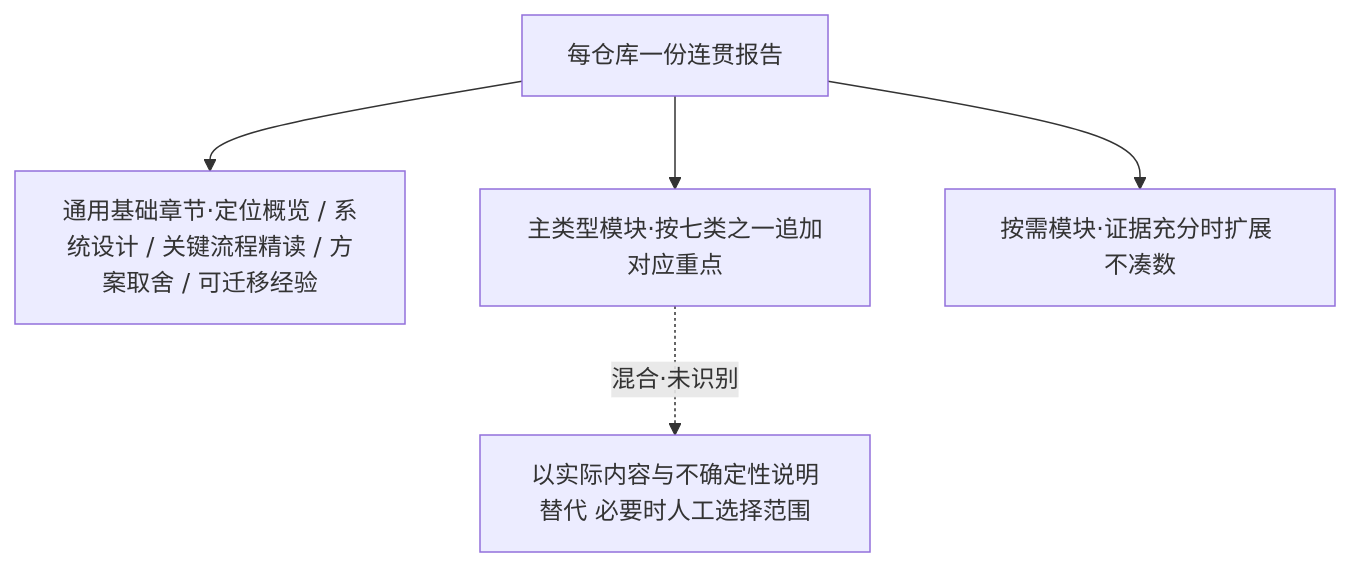
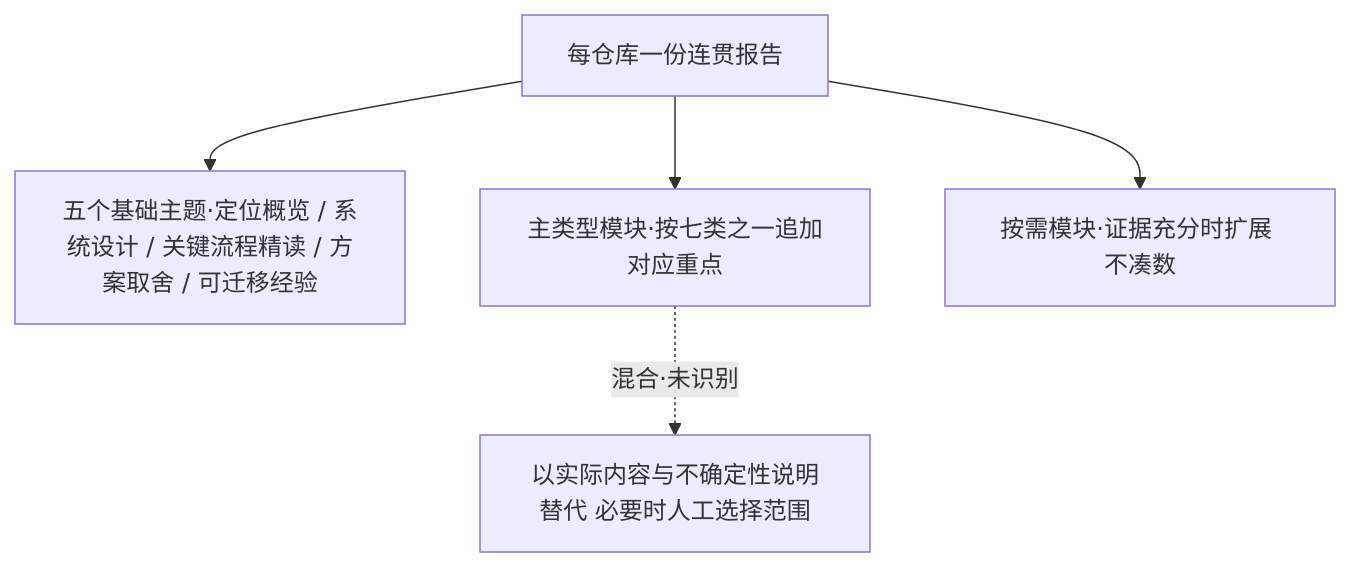
One commit to int2t05/StarDissect changed the third of 3 diagrams in docs/PRD.md. Above: the diagram before and after it, drawn with Mermaid. The commit also changed 4 other files, not shown here.

````diff
--- a/docs/PRD.md
+++ b/docs/PRD.md
@@ -70,7 +70,7 @@
 ```mermaid
 flowchart TB
-  R[每仓库一份连贯报告] --> B[通用基础章节·定位概览 / 系统设计 / 关键流程精读 / 方案取舍 / 可迁移经验]
+  R[每仓库一份连贯报告] --> B[五个基础主题·定位概览 / 系统设计 / 关键流程精读 / 方案取舍 / 可迁移经验]
   R --> T[主类型模块·按七类之一追加对应重点]
   R --> E[按需模块·证据充分时扩展 不凑数]
   T -.->|混合·未识别| U[以实际内容与不确定性说明替代 必要时人工选择范围]
 ```
````
